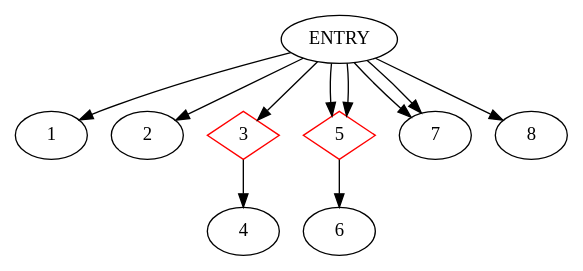
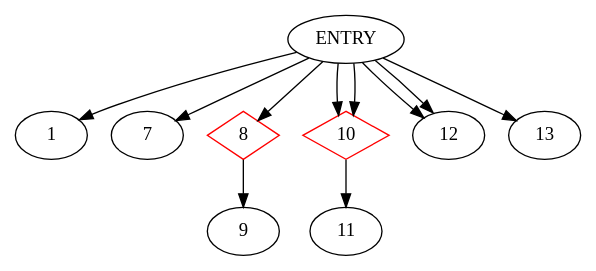
One commit to akshitij/TestgenRepo changed the diagram in Testgen/CDG.dot. Above: the diagram before and after it, drawn with Graphviz. The commit also changed 13 other files, not shown here.

```diff
--- a/Testgen/CDG.dot
+++ b/Testgen/CDG.dot
@@ -1,15 +1,15 @@
 digraph CDG {
 ENTRY -> 1
-ENTRY -> 2
-3 [shape=diamond, color=red]
-ENTRY -> 3
-3-> 4
-5 [shape=diamond, color=red]
-ENTRY -> 5
-5 [shape=diamond, color=red]
-ENTRY -> 5
-5-> 6
 ENTRY -> 7
-ENTRY -> 7
+8 [shape=diamond, color=red]
 ENTRY -> 8
+8-> 9
+10 [shape=diamond, color=red]
+ENTRY -> 10
+10 [shape=diamond, color=red]
+ENTRY -> 10
+10-> 11
+ENTRY -> 12
+ENTRY -> 12
+ENTRY -> 13
 }
```
